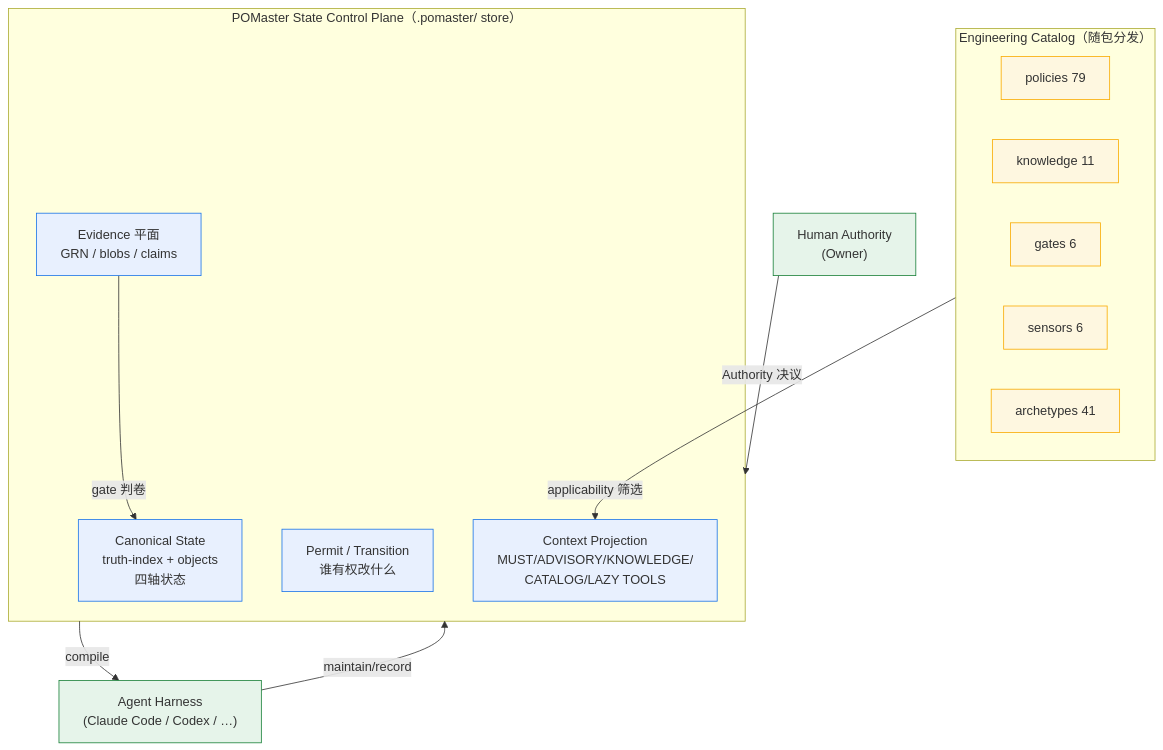
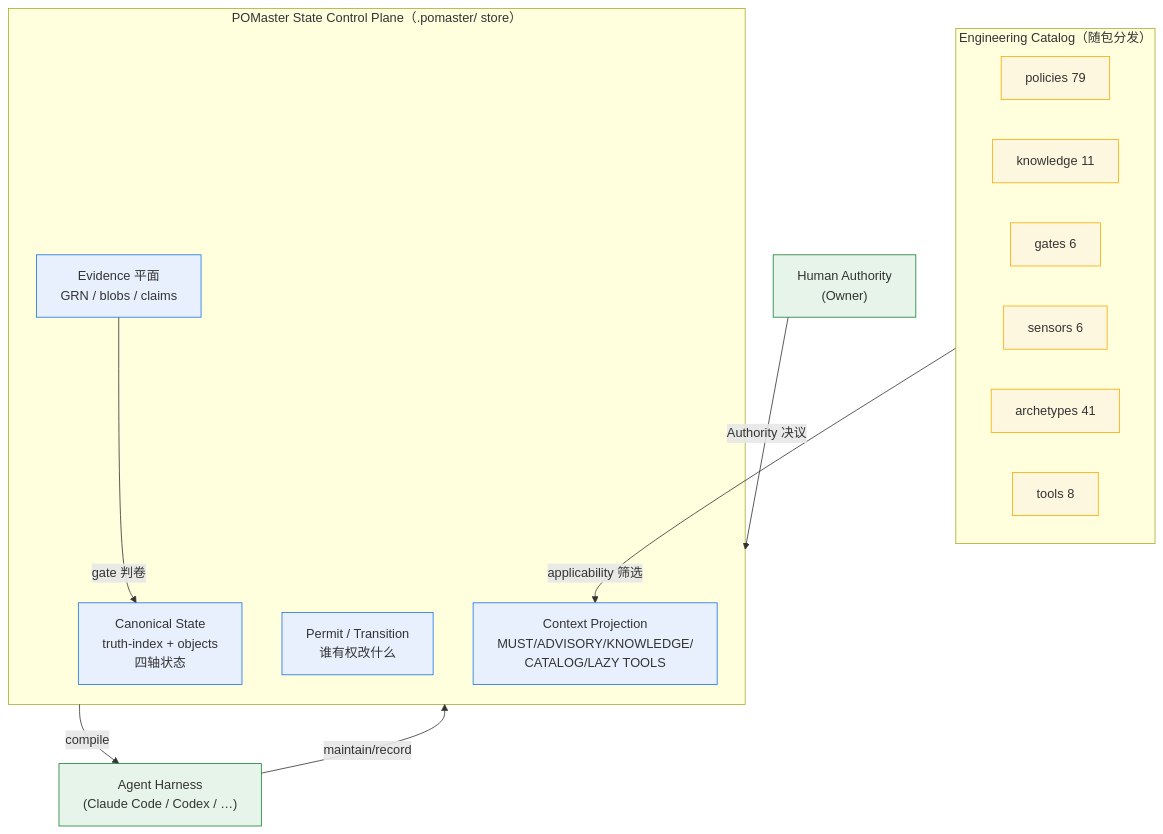
Before and after one commit to River-Singer/POMaster_VNext: the first of 6 diagrams in README.md, drawn with Mermaid. The commit also changed other lines of this file and 2 other files, not shown here.

First line of the commit message:
chore(release): v0.2.0——README v0.6 形态（Browser Eyes/Substrate/graph/构成图）+ 版本 bump + verify 分母同步

````diff
--- a/README.md
+++ b/README.md
@@ -154,27 +156,28 @@
 ```mermaid
 flowchart TB
   subgraph PLANE["POMaster State Control Plane（.pomaster/ store）"]
     STATE["Canonical State<br/>truth-index + objects<br/>四轴状态"]:::core
     PERMIT["Permit / Transition<br/>谁有权改什么"]:::core
     EVI["Evidence 平面<br/>GRN / blobs / claims"]:::core
     PROJ["Context Projection<br/>MUST/ADVISORY/KNOWLEDGE/<br/>CATALOG/LAZY TOOLS"]:::core
   end
   subgraph CAT["Engineering Catalog（随包分发）"]
     POL["policies 79"]:::cat
     KN["knowledge 11"]:::cat
     GT["gates 6"]:::cat
     SEN["sensors 6"]:::cat
     ARC["archetypes 41"]:::cat
+    TOO["tools 8"]:::cat
   end
   AGENT["Agent Harness<br/>(Claude Code / Codex / …)"]:::ext
   HUMAN["Human Authority<br/>(Owner)"]:::ext
 
   HUMAN -- Authority 决议 --> PLANE
   PLANE -- compile --> AGENT
   AGENT -- maintain/record --> PLANE
   CAT -- applicability 筛选 --> PROJ
   EVI -- gate 判卷 --> STATE
   classDef core fill:#e8f0fe,stroke:#1a73e8
   classDef cat fill:#fef7e0,stroke:#f9ab00
   classDef ext fill:#e6f4ea,stroke:#188038
 ```
````
